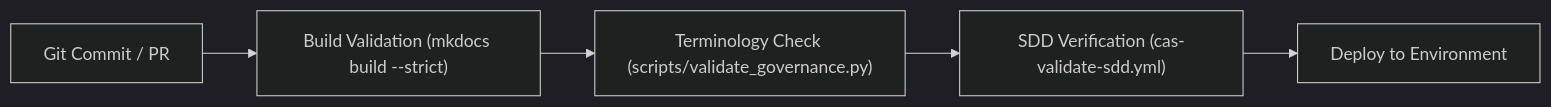
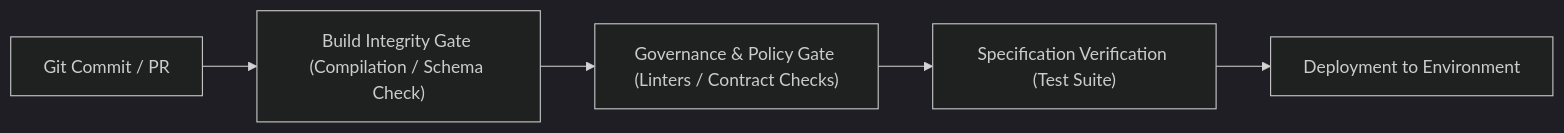
The second of 2 diagrams in docs/sop/04-operationalise-orchestrate.md (avfranco-br/portfolio), drawn with Mermaid (dark theme) before and after one commit. The commit also changed other lines of this file and 8 other files, not shown here.

````diff
--- a/docs/sop/04-operationalise-orchestrate.md
+++ b/docs/sop/04-operationalise-orchestrate.md
@@ -69,7 +69,7 @@
 ```mermaid
 graph LR
-    Push["Git Commit / PR"] --> Build["Build Validation (mkdocs build --strict)"]
-    Build --> Governance["Terminology Check (scripts/validate_governance.py)"]
-    Governance --> SDDCheck["SDD Verification (cas-validate-sdd.yml)"]
-    SDDCheck --> Deploy["Deploy to Environment"]
+    Commit["Git Commit / PR"] --> BuildGate["Build Integrity Gate (Compilation / Schema Check)"]
+    BuildGate --> PolicyGate["Governance & Policy Gate (Linters / Contract Checks)"]
+    PolicyGate --> SpecGate["Specification Verification (Test Suite)"]
+    SpecGate --> Deploy["Deployment to Environment"]
 ```
````
